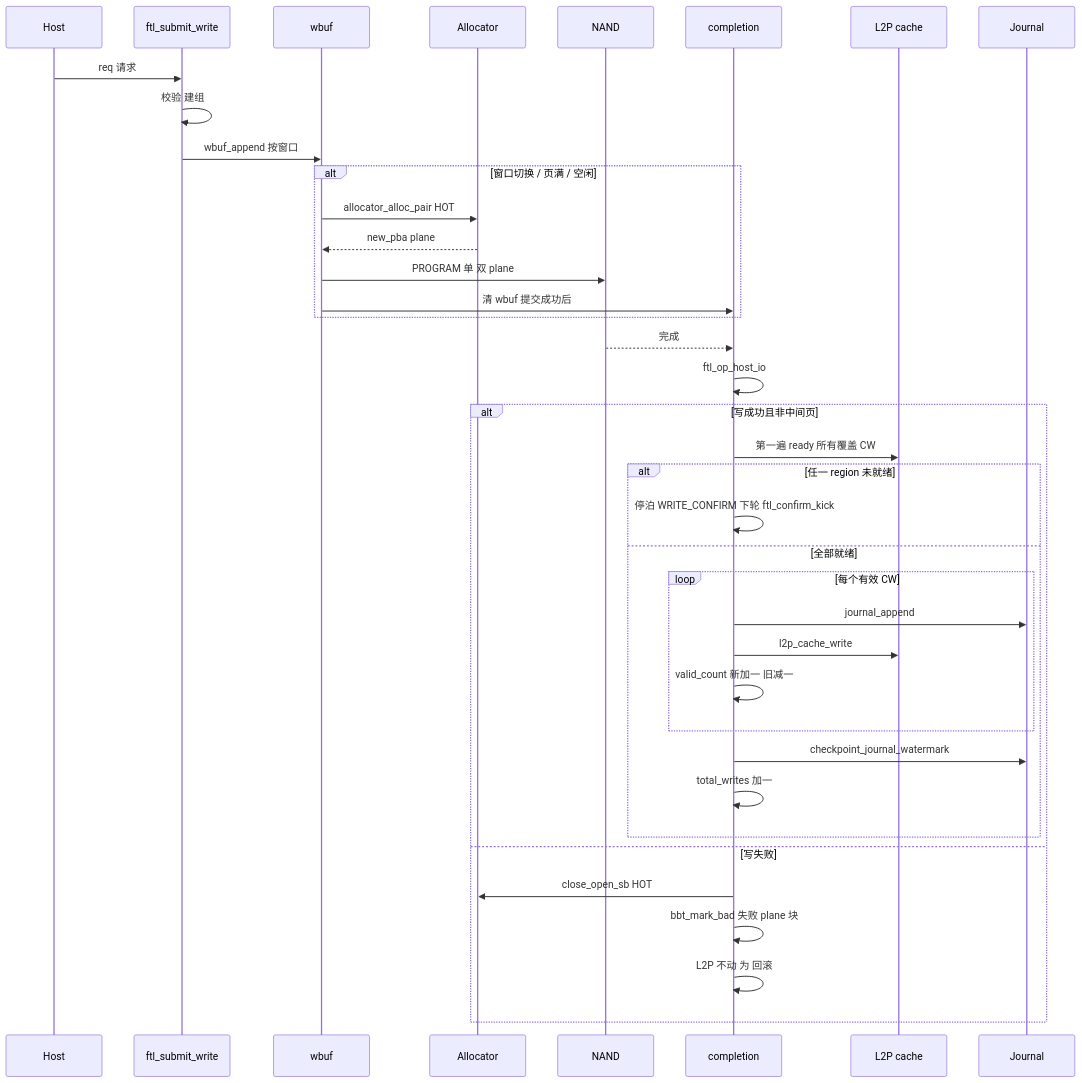
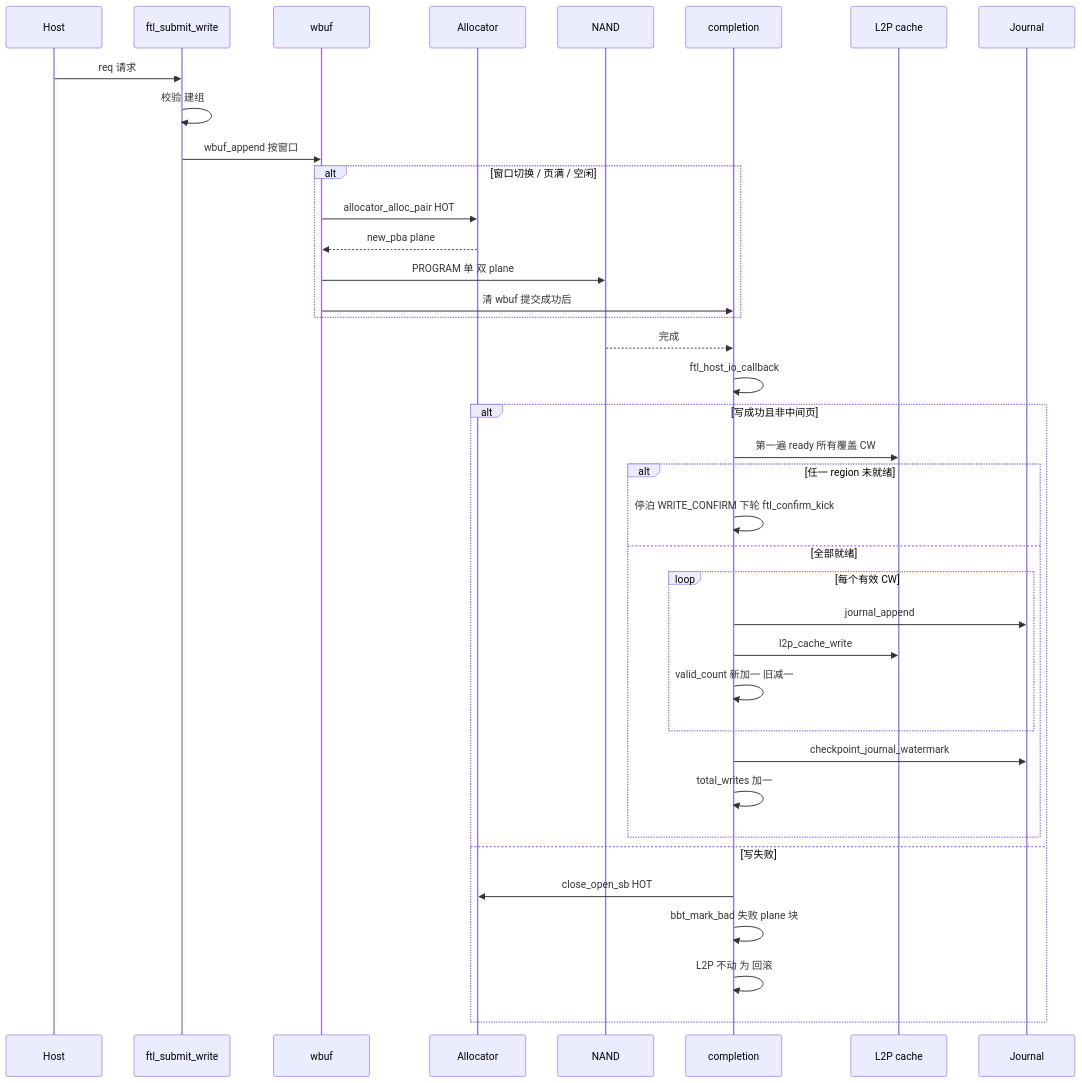
Before and after one commit to YzYMIAO/BASESSD: diagram 27 of 32 in docs/design/ftl_design.md, drawn with Mermaid. The commit also changed other lines of this file and 46 other files, not shown here.

First line of the commit message:
refactor(ftl): 异步 job 统一为 handle，完成服务统一为 callback

````diff
--- a/docs/design/ftl_design.md
+++ b/docs/design/ftl_design.md
@@ -3589,41 +3589,41 @@
 ```mermaid
 sequenceDiagram
     participant H as Host
     participant F as ftl_submit_write
     participant W as wbuf
     participant A as Allocator
     participant N as NAND
     participant C as completion
     participant L as L2P cache
     participant J as Journal
 
     H->>F: req 请求
     F->>F: 校验 建组
     F->>W: wbuf_append 按窗口
     alt 窗口切换 / 页满 / 空闲
         W->>A: allocator_alloc_pair HOT
         A-->>W: new_pba plane
         W->>N: PROGRAM 单 双 plane
         W->>C: 清 wbuf 提交成功后
     end
     N-->>C: 完成
-    C->>C: ftl_op_host_io
+    C->>C: ftl_host_io_callback
     alt 写成功且非中间页
         C->>L: 第一遍 ready 所有覆盖 CW
         alt 任一 region 未就绪
             C->>C: 停泊 WRITE_CONFIRM 下轮 ftl_confirm_kick
         else 全部就绪
             loop 每个有效 CW
                 C->>J: journal_append
                 C->>L: l2p_cache_write
                 C->>C: valid_count 新加一 旧减一
             end
             C->>J: checkpoint_journal_watermark
             C->>C: total_writes 加一
         end
     else 写失败
         C->>A: close_open_sb HOT
         C->>C: bbt_mark_bad 失败 plane 块
         C->>C: L2P 不动 为 回滚
     end
 ```
````
